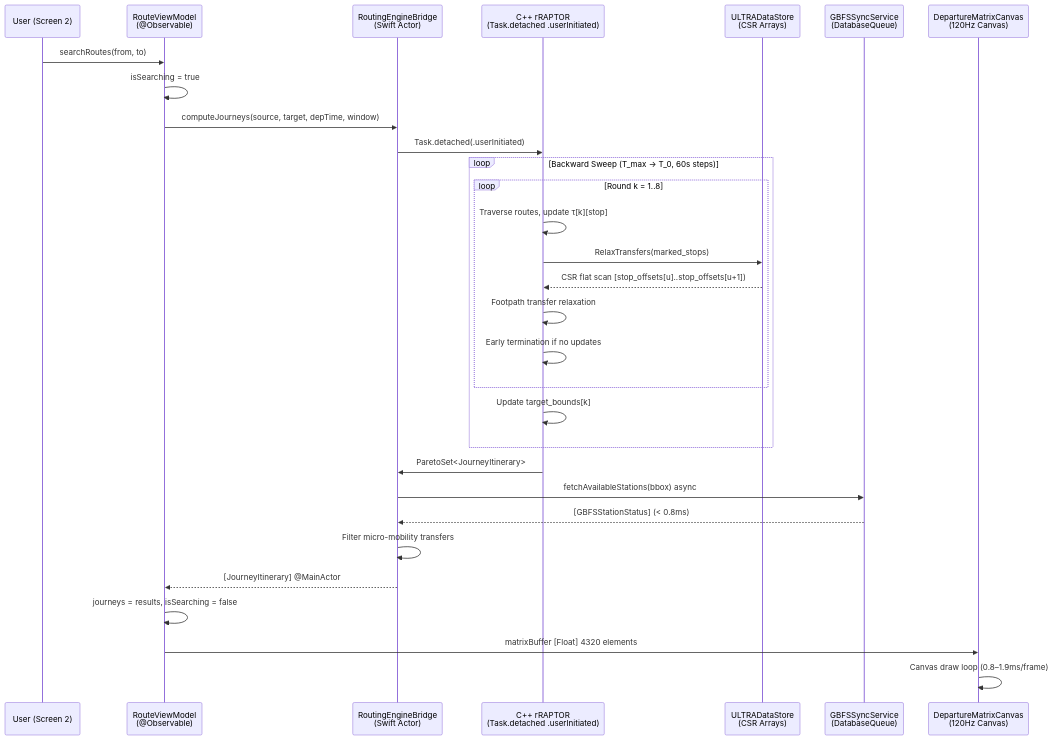
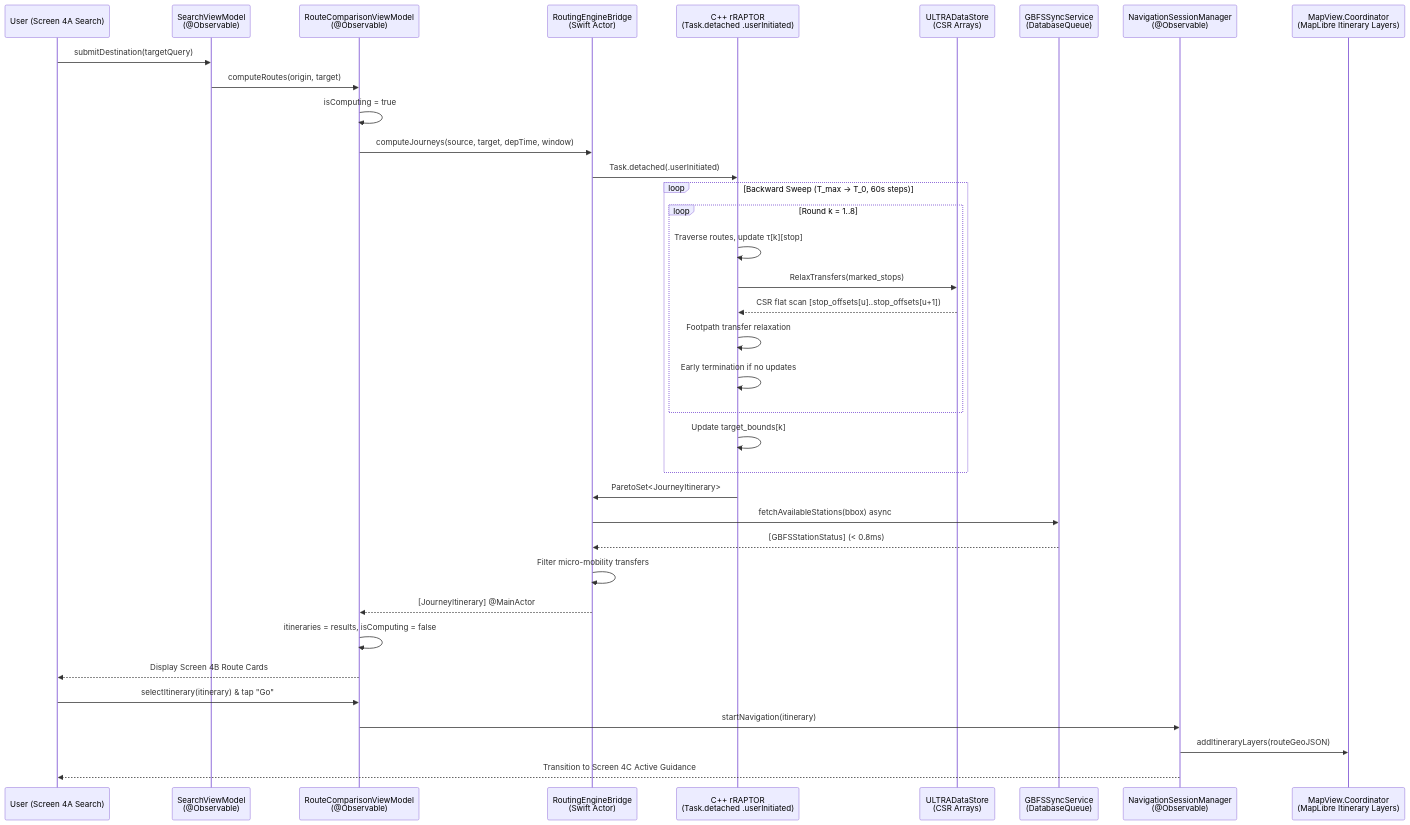
The seventh of 9 diagrams in docs/diagrams.md (walshkang/derivee), drawn with Mermaid before and after one commit. The commit also changed other lines of this file and 4 other files, not shown here.

````diff
--- a/docs/diagrams.md
+++ b/docs/diagrams.md
@@ -773,38 +857,45 @@
 ```mermaid
 sequenceDiagram
-    participant User as User (Screen 2)
-    participant VM as RouteViewModel<br/>(@Observable)
+    participant User as User (Screen 4A Search)
+    participant SearchVM as SearchViewModel<br/>(@Observable)
+    participant RouteVM as RouteComparisonViewModel<br/>(@Observable)
     participant Bridge as RoutingEngineBridge<br/>(Swift Actor)
     participant RAPTOR as C++ rRAPTOR<br/>(Task.detached .userInitiated)
     participant ULTRA as ULTRADataStore<br/>(CSR Arrays)
     participant GBFS as GBFSSyncService<br/>(DatabaseQueue)
-    participant UI as DepartureMatrixCanvas<br/>(120Hz Canvas)
+    participant NavManager as NavigationSessionManager<br/>(@Observable)
+    participant MapView as MapView.Coordinator<br/>(MapLibre Itinerary Layers)
 
-    User->>VM: searchRoutes(from, to)
-    VM->>VM: isSearching = true
+    User->>SearchVM: submitDestination(targetQuery)
+    SearchVM->>RouteVM: computeRoutes(origin, target)
+    RouteVM->>RouteVM: isComputing = true
 
-    VM->>Bridge: computeJourneys(source, target, depTime, window)
+    RouteVM->>Bridge: computeJourneys(source, target, depTime, window)
     Bridge->>RAPTOR: Task.detached(.userInitiated)
 
     loop Backward Sweep (T_max → T_0, 60s steps)
         loop Round k = 1..8
             RAPTOR->>RAPTOR: Traverse routes, update τ[k][stop]
             RAPTOR->>ULTRA: RelaxTransfers(marked_stops)
             ULTRA-->>RAPTOR: CSR flat scan [stop_offsets[u]..stop_offsets[u+1])
             RAPTOR->>RAPTOR: Footpath transfer relaxation
             RAPTOR->>RAPTOR: Early termination if no updates
         end
         RAPTOR->>RAPTOR: Update target_bounds[k]
     end
 
     RAPTOR->>Bridge: ParetoSet<JourneyItinerary>
 
     Bridge->>GBFS: fetchAvailableStations(bbox) async
     GBFS-->>Bridge: [GBFSStationStatus] (< 0.8ms)
     Bridge->>Bridge: Filter micro-mobility transfers
 
-    Bridge-->>VM: [JourneyItinerary] @MainActor
-    VM->>VM: journeys = results, isSearching = false
-    VM->>UI: matrixBuffer [Float] 4320 elements
-    UI->>UI: Canvas draw loop (0.8–1.9ms/frame)
+    Bridge-->>RouteVM: [JourneyItinerary] @MainActor
+    RouteVM->>RouteVM: itineraries = results, isComputing = false
+    RouteVM-->>User: Display Screen 4B Route Cards
+
+    User->>RouteVM: selectItinerary(itinerary) & tap "Go"
+    RouteVM->>NavManager: startNavigation(itinerary)
+    NavManager->>MapView: addItineraryLayers(routeGeoJSON)
+    NavManager-->>User: Transition to Screen 4C Active Guidance
 ```
````
